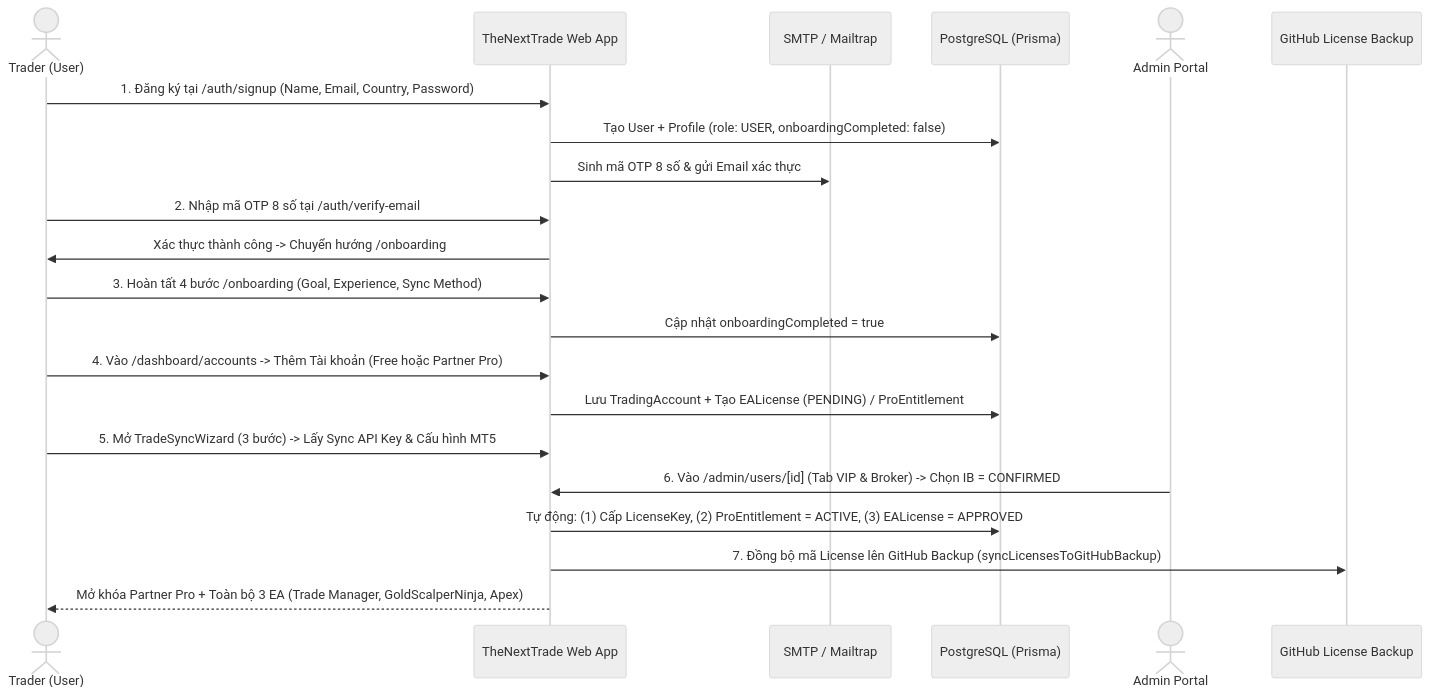
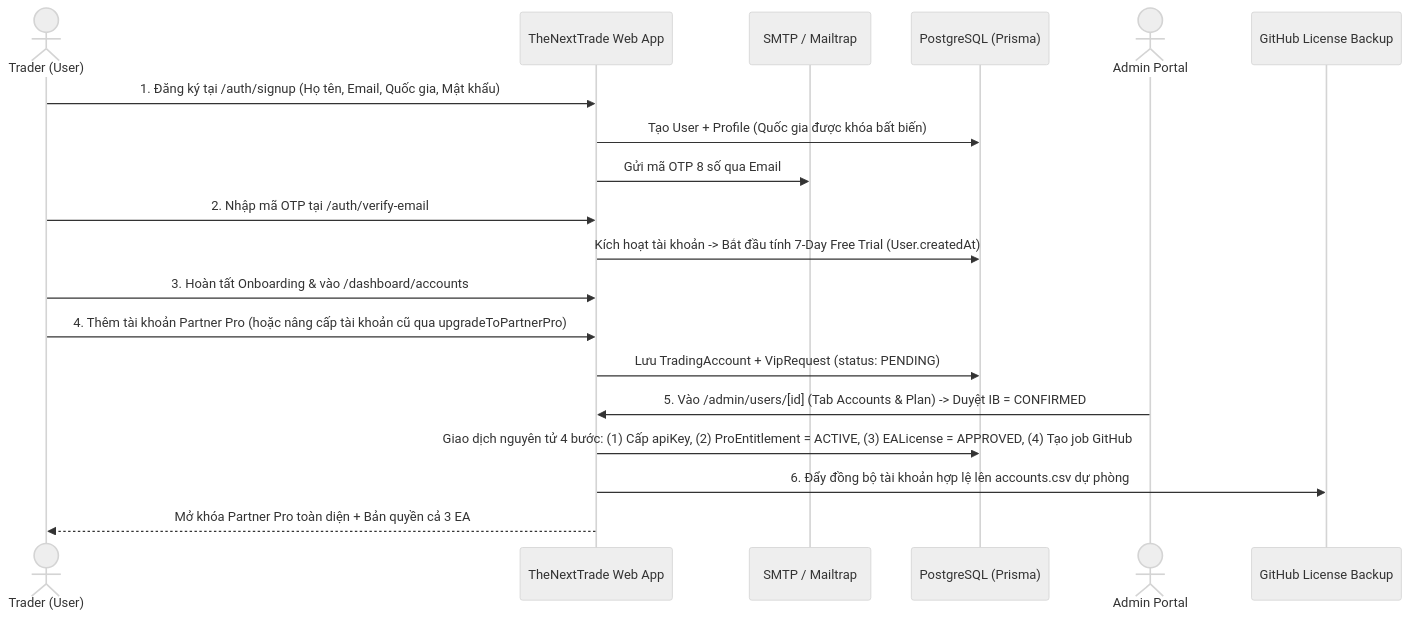
The first of 4 diagrams in docs/MASTER_BA_SPECIFICATION.md (nguyenndn/thenexttrade), drawn with Mermaid (neutral theme) before and after one commit. The commit also changed other lines of this file and 197 other files, not shown here.

````diff
--- a/docs/MASTER_BA_SPECIFICATION.md
+++ b/docs/MASTER_BA_SPECIFICATION.md
@@ -433,24 +442,22 @@
 ```mermaid
 sequenceDiagram
     actor Trader as Trader (User)
     participant Web as TheNextTrade Web App
     participant Mail as SMTP / Mailtrap
     participant DB as PostgreSQL (Prisma)
     actor Admin as Admin Portal
     participant GitHub as GitHub License Backup
 
-    Trader->>Web: 1. Đăng ký tại /auth/signup (Name, Email, Country, Password)
-    Web->>DB: Tạo User + Profile (role: USER, onboardingCompleted: false)
-    Web->>Mail: Sinh mã OTP 8 số & gửi Email xác thực
-    Trader->>Web: 2. Nhập mã OTP 8 số tại /auth/verify-email
-    Web->>Trader: Xác thực thành công -> Chuyển hướng /onboarding
-    Trader->>Web: 3. Hoàn tất 4 bước /onboarding (Goal, Experience, Sync Method)
-    Web->>DB: Cập nhật onboardingCompleted = true
-    Trader->>Web: 4. Vào /dashboard/accounts -> Thêm Tài khoản (Free hoặc Partner Pro)
-    Web->>DB: Lưu TradingAccount + Tạo EALicense (PENDING) / ProEntitlement
-    Trader->>Web: 5. Mở TradeSyncWizard (3 bước) -> Lấy Sync API Key & Cấu hình MT5
-    Admin->>Web: 6. Vào /admin/users/[id] (Tab VIP & Broker) -> Chọn IB = CONFIRMED
-    Web->>DB: Tự động: (1) Cấp LicenseKey, (2) ProEntitlement = ACTIVE, (3) EALicense = APPROVED
-    Web->>GitHub: 7. Đồng bộ mã License lên GitHub Backup (syncLicensesToGitHubBackup)
-    Web-->>Trader: Mở khóa Partner Pro + Toàn bộ 3 EA (Trade Manager, GoldScalperNinja, Apex)
+    Trader->>Web: 1. Đăng ký tại /auth/signup (Họ tên, Email, Quốc gia, Mật khẩu)
+    Web->>DB: Tạo User + Profile (Quốc gia được khóa bất biến)
+    Web->>Mail: Gửi mã OTP 8 số qua Email
+    Trader->>Web: 2. Nhập mã OTP tại /auth/verify-email
+    Web->>DB: Kích hoạt tài khoản -> Bắt đầu tính 7-Day Free Trial (User.createdAt)
+    Trader->>Web: 3. Hoàn tất Onboarding & vào /dashboard/accounts
+    Trader->>Web: 4. Thêm tài khoản Partner Pro (hoặc nâng cấp tài khoản cũ qua upgradeToPartnerPro)
+    Web->>DB: Lưu TradingAccount + VipRequest (status: PENDING)
+    Admin->>Web: 5. Vào /admin/users/[id] (Tab Accounts & Plan) -> Duyệt IB = CONFIRMED
+    Web->>DB: Giao dịch nguyên tử 4 bước: (1) Cấp apiKey, (2) ProEntitlement = ACTIVE, (3) EALicense = APPROVED, (4) Tạo job GitHub
+    Web->>GitHub: 6. Đẩy đồng bộ tài khoản hợp lệ lên accounts.csv dự phòng
+    Web-->>Trader: Mở khóa Partner Pro toàn diện + Bản quyền cả 3 EA
 ```
````
